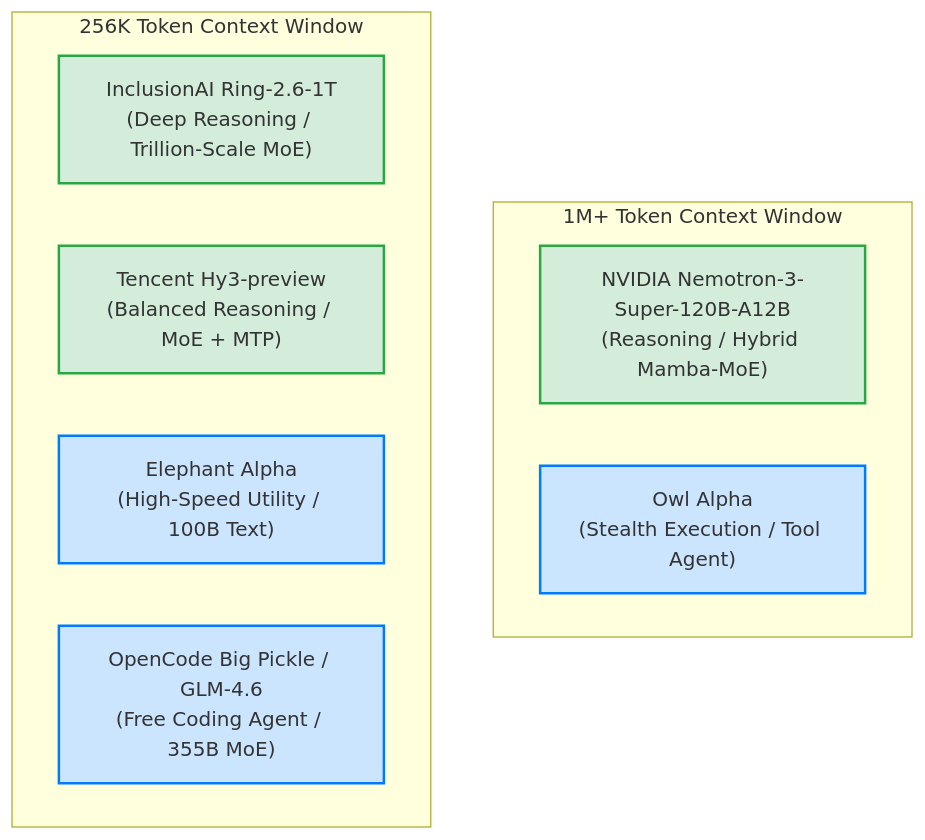
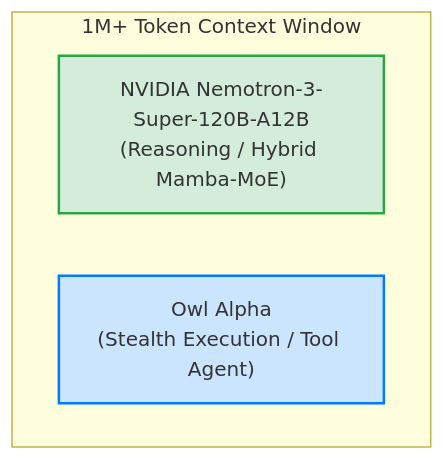
Before and after one commit to lumpydirtprincess/cro: the diagram in ai_model_comparison.md, drawn with Mermaid. The commit also changed other lines of this file and 2557 other files, not shown here.

````diff
--- a/ai_model_comparison.md
+++ b/ai_model_comparison.md
@@ -11,17 +11,10 @@
 ```mermaid
 graph TD
     classDef reasoning fill:#d4edda,stroke:#28a745,stroke-width:2px;
     classDef execution fill:#cce5ff,stroke:#007bff,stroke-width:2px;
-    
+
     subgraph "1M+ Token Context Window"
         Nemotron["NVIDIA Nemotron-3-Super-120B-A12B<br>(Reasoning / Hybrid Mamba-MoE)"]:::reasoning
         Owl["Owl Alpha<br>(Stealth Execution / Tool Agent)"]:::execution
     end
-
-    subgraph "256K Token Context Window"
-        Ring["InclusionAI Ring-2.6-1T<br>(Deep Reasoning / Trillion-Scale MoE)"]:::reasoning
-        Hy3["Tencent Hy3-preview<br>(Balanced Reasoning / MoE + MTP)"]:::reasoning
-        Elephant["Elephant Alpha<br>(High-Speed Utility / 100B Text)"]:::execution
-        BigPickle["OpenCode Big Pickle / GLM-4.6<br>(Free Coding Agent / 355B MoE)"]:::execution
-    end
 ```
````
